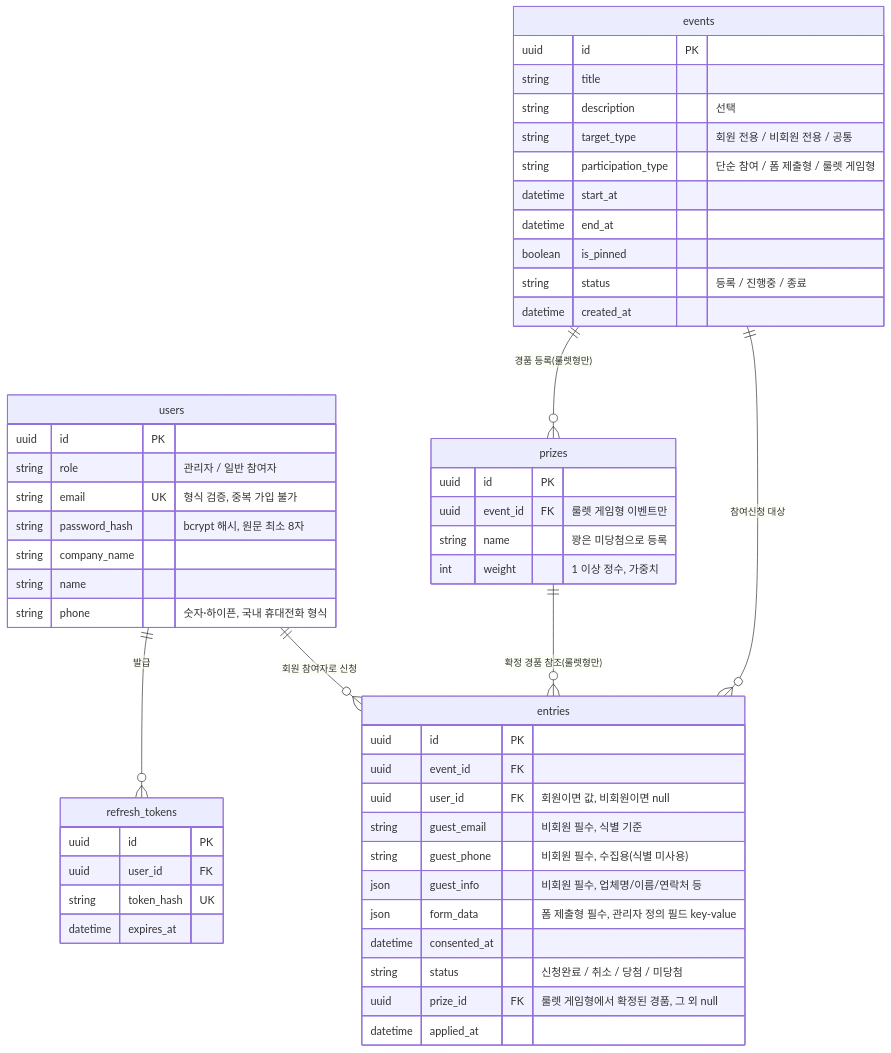
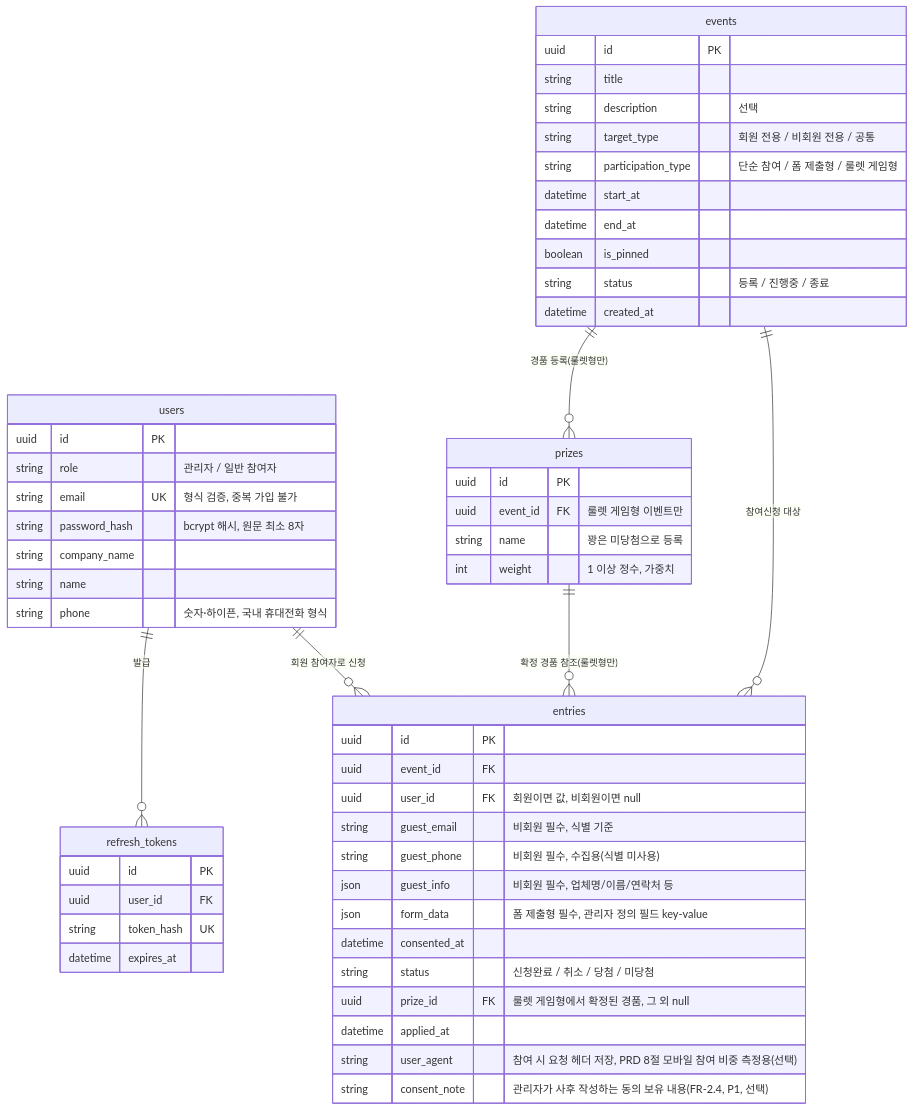
One commit to H-Lee-plan/b2b-promo changed the diagram in docs/8-erd.md. Above: the diagram before and after it, drawn with Mermaid. The commit also changed other lines of this file and 10 other files, not shown here.

````diff
--- a/docs/8-erd.md
+++ b/docs/8-erd.md
@@ -8,59 +8,61 @@
 ```mermaid
 erDiagram
     users ||--o{ entries : "회원 참여자로 신청"
     users ||--o{ refresh_tokens : "발급"
     events ||--o{ entries : "참여신청 대상"
     events ||--o{ prizes : "경품 등록(룰렛형만)"
     prizes ||--o{ entries : "확정 경품 참조(룰렛형만)"
 
     users {
         uuid id PK
         string role "관리자 / 일반 참여자"
         string email UK "형식 검증, 중복 가입 불가"
         string password_hash "bcrypt 해시, 원문 최소 8자"
         string company_name
         string name
         string phone "숫자·하이픈, 국내 휴대전화 형식"
     }
 
     events {
         uuid id PK
         string title
         string description "선택"
         string target_type "회원 전용 / 비회원 전용 / 공통"
         string participation_type "단순 참여 / 폼 제출형 / 룰렛 게임형"
         datetime start_at
         datetime end_at
         boolean is_pinned
         string status "등록 / 진행중 / 종료"
         datetime created_at
     }
 
     prizes {
         uuid id PK
         uuid event_id FK "룰렛 게임형 이벤트만"
         string name "꽝은 미당첨으로 등록"
         int weight "1 이상 정수, 가중치"
     }
 
     entries {
         uuid id PK
         uuid event_id FK
         uuid user_id FK "회원이면 값, 비회원이면 null"
         string guest_email "비회원 필수, 식별 기준"
         string guest_phone "비회원 필수, 수집용(식별 미사용)"
         json guest_info "비회원 필수, 업체명/이름/연락처 등"
         json form_data "폼 제출형 필수, 관리자 정의 필드 key-value"
         datetime consented_at
         string status "신청완료 / 취소 / 당첨 / 미당첨"
         uuid prize_id FK "룰렛 게임형에서 확정된 경품, 그 외 null"
         datetime applied_at
+        string user_agent "참여 시 요청 헤더 저장, PRD 8절 모바일 참여 비중 측정용(선택)"
+        string consent_note "관리자가 사후 작성하는 동의 보유 내용(FR-2.4, P1, 선택)"
     }
 
     refresh_tokens {
         uuid id PK
         uuid user_id FK
         string token_hash UK
         datetime expires_at
     }
 ```
````
